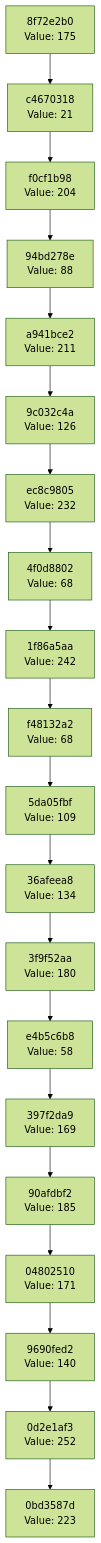
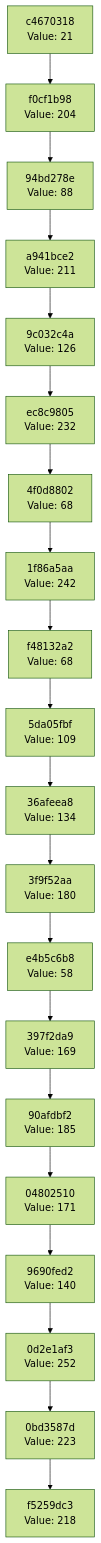
Before and after one commit to Abhisheksinha1506/hash-chain-evolver: the diagram in docs/CHAIN_VISUALIZATION.md, drawn with Mermaid (forest theme). The commit also changed 3 other files, not shown here.

````diff
--- a/docs/CHAIN_VISUALIZATION.md
+++ b/docs/CHAIN_VISUALIZATION.md
@@ -3,42 +3,42 @@
 ```mermaid
 graph TD
-    C0["0bd3587d<br/>Value: 223"]
-    C1["0d2e1af3<br/>Value: 252"]
+    C0["f5259dc3<br/>Value: 218"]
+    C1["0bd3587d<br/>Value: 223"]
     C1 --> C0
-    C2["9690fed2<br/>Value: 140"]
+    C2["0d2e1af3<br/>Value: 252"]
     C2 --> C1
-    C3["04802510<br/>Value: 171"]
+    C3["9690fed2<br/>Value: 140"]
     C3 --> C2
-    C4["90afdbf2<br/>Value: 185"]
+    C4["04802510<br/>Value: 171"]
     C4 --> C3
-    C5["397f2da9<br/>Value: 169"]
+    C5["90afdbf2<br/>Value: 185"]
     C5 --> C4
-    C6["e4b5c6b8<br/>Value: 58"]
+    C6["397f2da9<br/>Value: 169"]
     C6 --> C5
-    C7["3f9f52aa<br/>Value: 180"]
+    C7["e4b5c6b8<br/>Value: 58"]
     C7 --> C6
-    C8["36afeea8<br/>Value: 134"]
+    C8["3f9f52aa<br/>Value: 180"]
     C8 --> C7
-    C9["5da05fbf<br/>Value: 109"]
+    C9["36afeea8<br/>Value: 134"]
     C9 --> C8
-    C10["f48132a2<br/>Value: 68"]
+    C10["5da05fbf<br/>Value: 109"]
     C10 --> C9
-    C11["1f86a5aa<br/>Value: 242"]
+    C11["f48132a2<br/>Value: 68"]
     C11 --> C10
-    C12["4f0d8802<br/>Value: 68"]
+    C12["1f86a5aa<br/>Value: 242"]
     C12 --> C11
-    C13["ec8c9805<br/>Value: 232"]
+    C13["4f0d8802<br/>Value: 68"]
     C13 --> C12
-    C14["9c032c4a<br/>Value: 126"]
+    C14["ec8c9805<br/>Value: 232"]
     C14 --> C13
-    C15["a941bce2<br/>Value: 211"]
+    C15["9c032c4a<br/>Value: 126"]
     C15 --> C14
-    C16["94bd278e<br/>Value: 88"]
+    C16["a941bce2<br/>Value: 211"]
     C16 --> C15
-    C17["f0cf1b98<br/>Value: 204"]
+    C17["94bd278e<br/>Value: 88"]
     C17 --> C16
-    C18["c4670318<br/>Value: 21"]
+    C18["f0cf1b98<br/>Value: 204"]
     C18 --> C17
-    C19["8f72e2b0<br/>Value: 175"]
+    C19["c4670318<br/>Value: 21"]
     C19 --> C18
 ```
````
